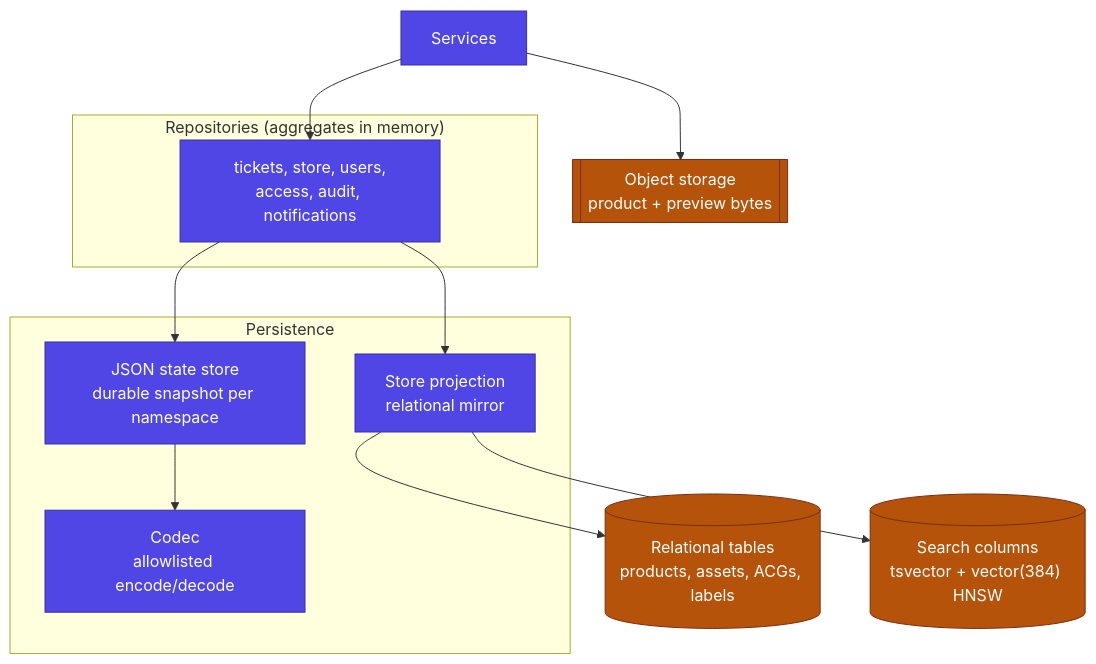
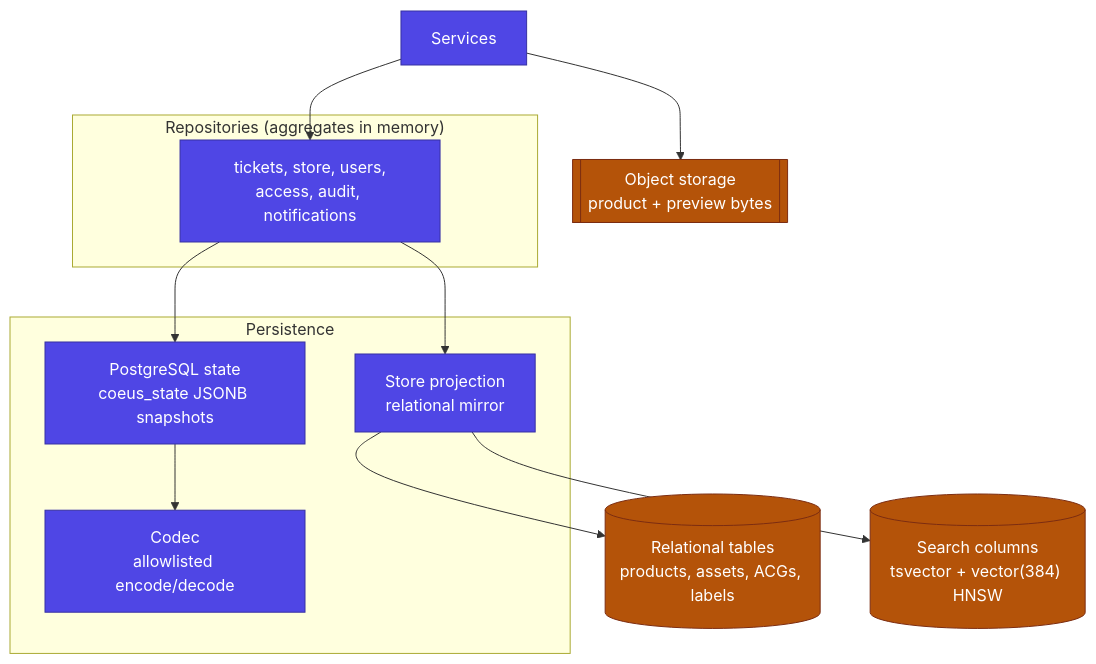
Before and after one commit to ShabalalaWATP/Coeus: the third of 4 diagrams in docs/ARCHITECTURE.md, drawn with Mermaid. The commit also changed other lines of this file and 221 other files, not shown here.

````diff
--- a/docs/ARCHITECTURE.md
+++ b/docs/ARCHITECTURE.md
@@ -152,27 +153,27 @@
 ```mermaid
 flowchart TB
     SVC["Services"]
     subgraph repo["Repositories (aggregates in memory)"]
         R["tickets, store, users,<br/>access, audit, notifications"]
     end
     subgraph persist["Persistence"]
-        JSON["JSON state store<br/>durable snapshot per namespace"]
+        STATE["PostgreSQL state<br/>coeus_state JSONB snapshots"]
         CODEC["Codec<br/>allowlisted encode/decode"]
         PROJ["Store projection<br/>relational mirror"]
     end
     DBREL[("Relational tables<br/>products, assets, ACGs, labels")]
     DBSEARCH[("Search columns<br/>tsvector + vector(384) HNSW")]
     OBJ[["Object storage<br/>product + preview bytes"]]
 
     SVC --> R
-    R --> JSON --> CODEC
+    R --> STATE --> CODEC
     R --> PROJ
     PROJ --> DBREL
     PROJ --> DBSEARCH
     SVC --> OBJ
 
     classDef be fill:#4f46e5,stroke:#3730a3,color:#fff,stroke-width:1px
     classDef data fill:#b45309,stroke:#7c2d12,color:#fff,stroke-width:1px
-    class SVC,R,JSON,CODEC,PROJ be
+    class SVC,R,STATE,CODEC,PROJ be
     class DBREL,DBSEARCH,OBJ data
 ```
````
